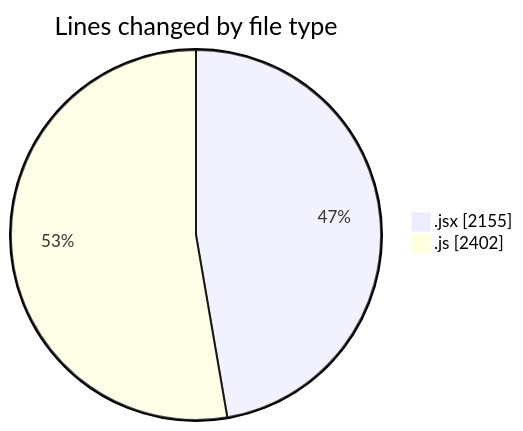
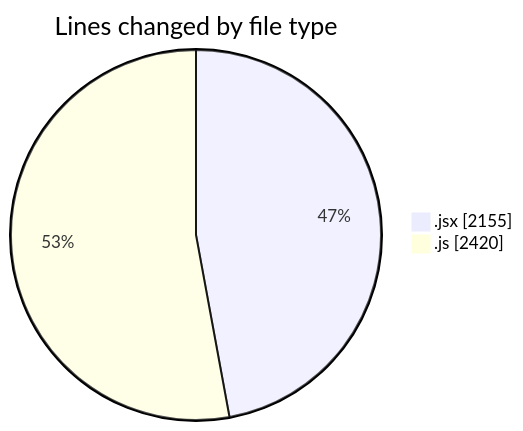
Before and after one commit to nxtqubesakshisongat/code-tracking: the first of 2 diagrams in 2025-07-30/nxtqube_webapp/README.md, drawn with Mermaid. The commit also changed other lines of this file and 1 other file, not shown here.

````diff
--- a/2025-07-30/nxtqube_webapp/README.md
+++ b/2025-07-30/nxtqube_webapp/README.md
@@ -27,6 +27,6 @@
 ```mermaid
 pie showData
 title Lines changed by file type
 ".jsx" : 2155
-".js" : 2402
+".js" : 2420
 ```
````
